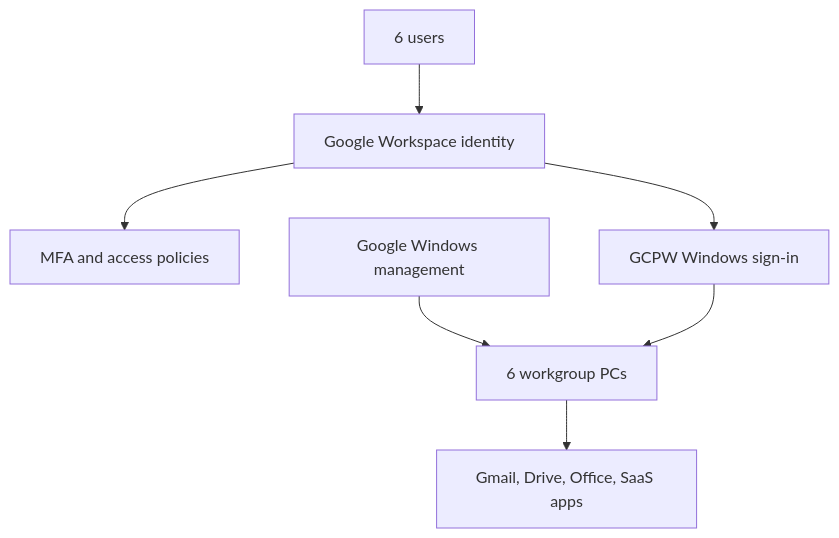
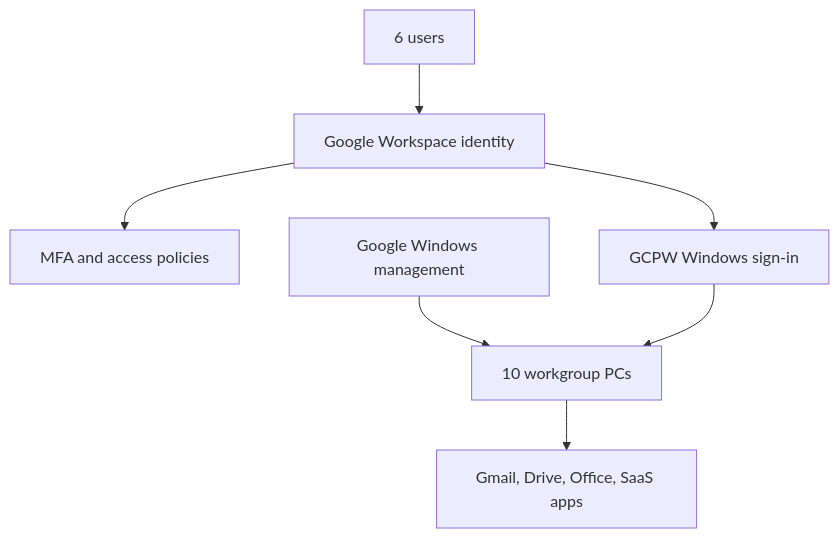
One commit to andyxuan2010/cloud-migration-demo changed the second of 3 diagrams in cloud_identity_migration_options.md. Above: the diagram before and after it, drawn with Mermaid. The commit also changed other lines of this file and 5 other files, not shown here.

````diff
--- a/cloud_identity_migration_options.md
+++ b/cloud_identity_migration_options.md
@@ -241,9 +241,9 @@
 ```mermaid
 flowchart TD
     U["6 users"] --> G["Google Workspace identity"]
     G --> M["MFA and access policies"]
     G --> W["GCPW Windows sign-in"]
-    X["Google Windows management"] --> D["6 workgroup PCs"]
+    X["Google Windows management"] --> D["10 workgroup PCs"]
     W --> D
     D --> A["Gmail, Drive, Office, SaaS apps"]
 ```
````
